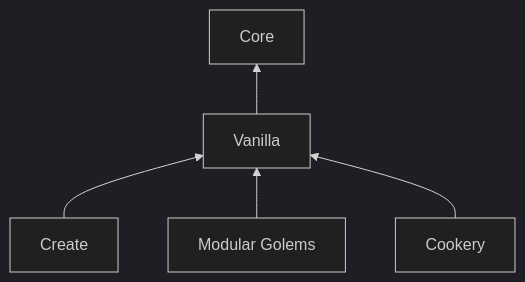
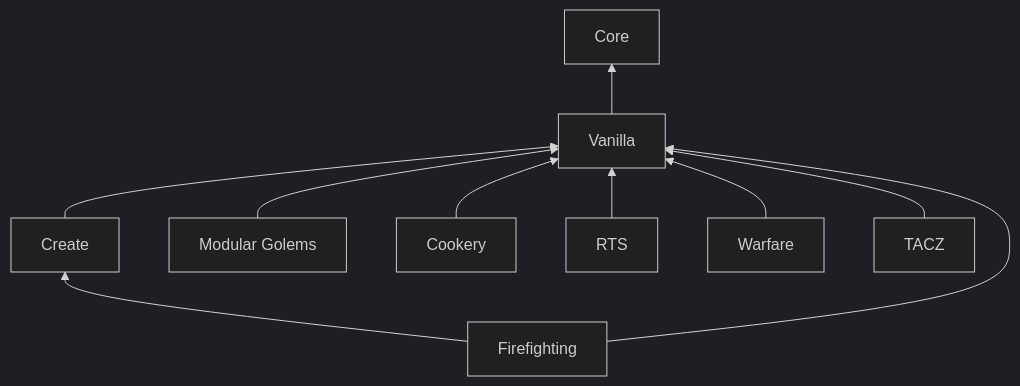
One commit to 188066776/folkways changed the diagram in docs/en/architecture.md. Above: the diagram before and after it, drawn with Mermaid (dark theme). The commit also changed other lines of this file and 437 other files, not shown here.

````diff
--- a/docs/en/architecture.md
+++ b/docs/en/architecture.md
@@ -20,7 +24,12 @@
 ```mermaid
 flowchart BT
     Vanilla --> Core
     Create --> Vanilla
     ModularGolems[Modular Golems] --> Vanilla
     Cookery --> Vanilla
+    RTS --> Vanilla
+    Warfare --> Vanilla
+    TACZ --> Vanilla
+    Firefighting --> Vanilla
+    Firefighting --> Create
 ```
````
